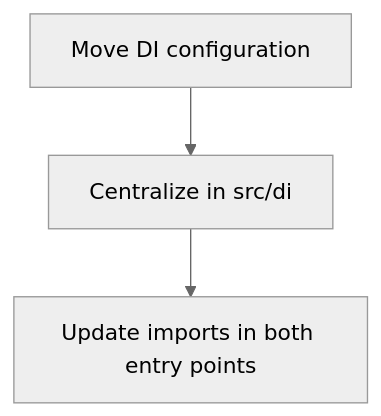
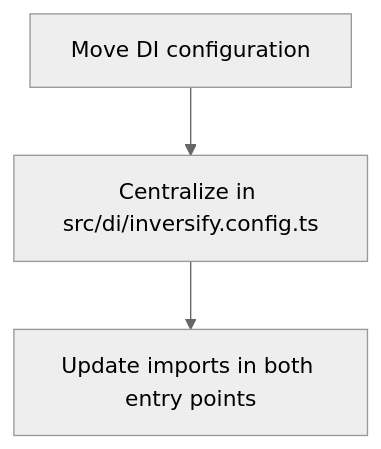
The fifth of 5 diagrams in monorepo-restructuring-plan.md (dopenchills/note-viewmodel-demo-202502), drawn with Mermaid (neutral theme) before and after one commit. The commit also changed other lines of this file and 111 other files, not shown here.

````diff
--- a/monorepo-restructuring-plan.md
+++ b/monorepo-restructuring-plan.md
@@ -147,5 +147,5 @@
 ```mermaid
 graph TD
-    A[Move DI configuration] --> B[Centralize in src/di]
+    A[Move DI configuration] --> B[Centralize in src/di/inversify.config.ts]
     B --> C[Update imports in both entry points]
 ```
````
